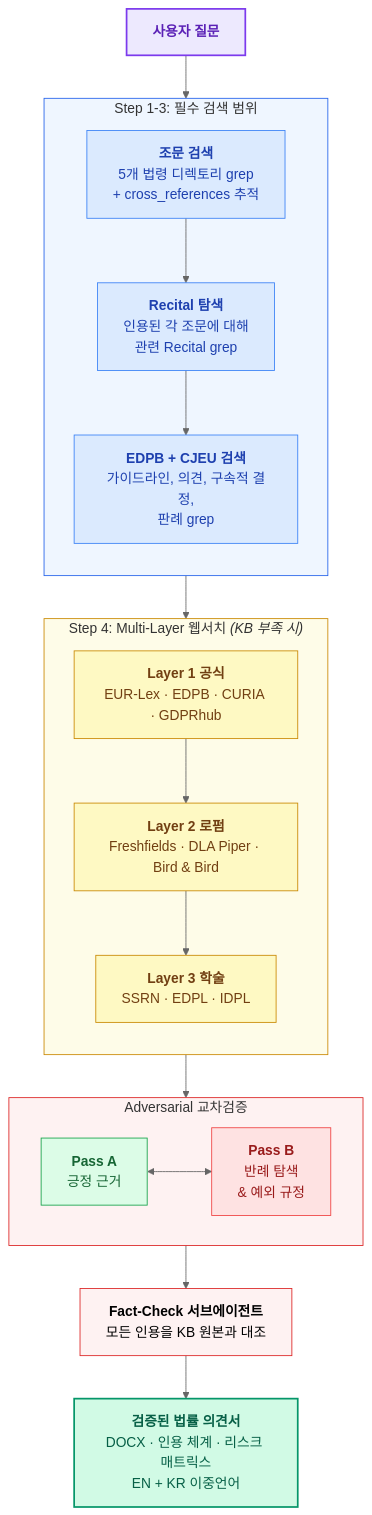
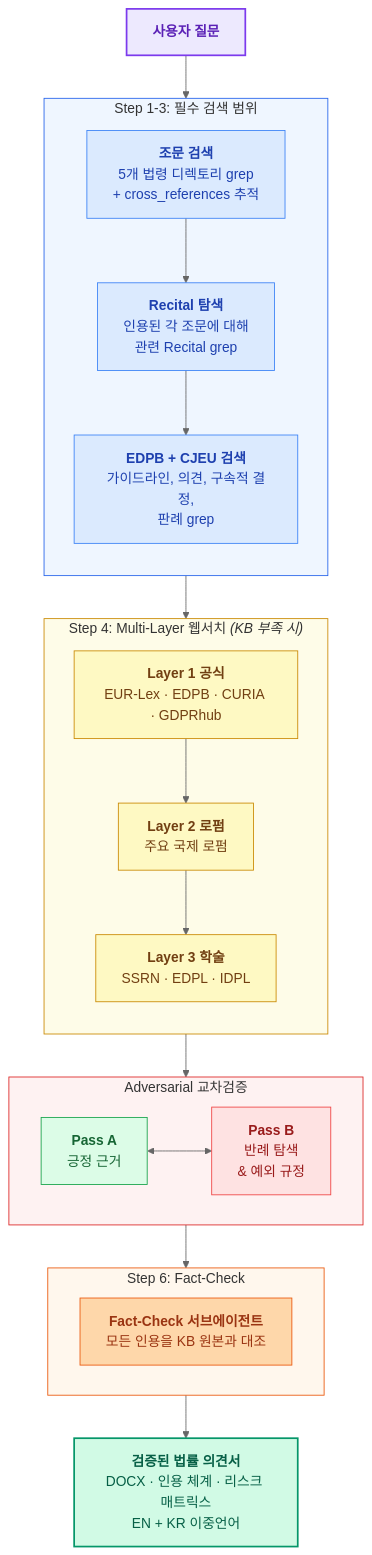
Before and after one commit to lowtidebuild/GDPR-expert: the third of 3 diagrams in README.ko.md, drawn with Mermaid (neutral theme). The commit also changed other lines of this file and 1 other file, not shown here.

First line of the commit message:
docs: simplify diagrams and align project roster

````diff
--- a/README.ko.md
+++ b/README.ko.md
@@ -250,52 +271,55 @@
 ```mermaid
 flowchart TD
     Q["<b>사용자 질문</b>"]
 
     subgraph kb["Step 1-3: 필수 검색 범위"]
         direction TB
         S1["<b>조문 검색</b><br/>5개 법령 디렉토리 grep<br/>+ cross_references 추적"]
         S2["<b>Recital 탐색</b><br/>인용된 각 조문에 대해<br/>관련 Recital grep"]
         S3["<b>EDPB + CJEU 검색</b><br/>가이드라인, 의견, 구속적 결정,<br/>판례 grep"]
         S1 --> S2 --> S3
     end
 
     subgraph web["Step 4: Multi-Layer 웹서치 <i>(KB 부족 시)</i>"]
         direction TB
         L1["<b>Layer 1 공식</b><br/>EUR-Lex · EDPB · CURIA · GDPRhub"]
-        L2["<b>Layer 2 로펌</b><br/>Freshfields · DLA Piper · Bird & Bird"]
+        L2["<b>Layer 2 로펌</b><br/>주요 국제 로펌"]
         L3["<b>Layer 3 학술</b><br/>SSRN · EDPL · IDPL"]
         L1 --> L2 --> L3
     end
 
     subgraph verify["Adversarial 교차검증"]
         direction LR
         PA["<b>Pass A</b><br/>긍정 근거"]
         PB["<b>Pass B</b><br/>반례 탐색<br/>& 예외 규정"]
         PA <--> PB
     end
 
-    FC["<b>Fact-Check 서브에이전트</b><br/>모든 인용을 KB 원본과 대조"]
+    subgraph fc["Step 6: Fact-Check"]
+        FC["<b>Fact-Check 서브에이전트</b><br/>모든 인용을 KB 원본과 대조"]
+    end
 
     O["<b>검증된 법률 의견서</b><br/>DOCX · 인용 체계 · 리스크 매트릭스<br/>EN + KR 이중언어"]
 
     Q --> kb
     kb --> web
     web --> verify
-    verify --> FC
-    FC --> O
+    verify --> fc
+    fc --> O
 
     style Q fill:#ede9fe,stroke:#7c3aed,stroke-width:2px,color:#5b21b6
     style kb fill:#eff6ff,stroke:#2563eb,stroke-width:1px
     style web fill:#fefce8,stroke:#ca8a04,stroke-width:1px
     style verify fill:#fef2f2,stroke:#dc2626,stroke-width:1px
-    style FC fill:#fef2f2,stroke:#dc2626,stroke-width:1px
+    style fc fill:#fff7ed,stroke:#ea580c,stroke-width:1px
+    style FC fill:#fed7aa,stroke:#ea580c,color:#9a3412
     style O fill:#d1fae5,stroke:#059669,stroke-width:2px,color:#065f46
     style S1 fill:#dbeafe,stroke:#3b82f6,color:#1e40af
     style S2 fill:#dbeafe,stroke:#3b82f6,color:#1e40af
     style S3 fill:#dbeafe,stroke:#3b82f6,color:#1e40af
     style L1 fill:#fef9c3,stroke:#ca8a04,color:#713f12
     style L2 fill:#fef9c3,stroke:#ca8a04,color:#713f12
     style L3 fill:#fef9c3,stroke:#ca8a04,color:#713f12
     style PA fill:#dcfce7,stroke:#16a34a,color:#166534
     style PB fill:#fee2e2,stroke:#ef4444,color:#991b1b
 ```
````
